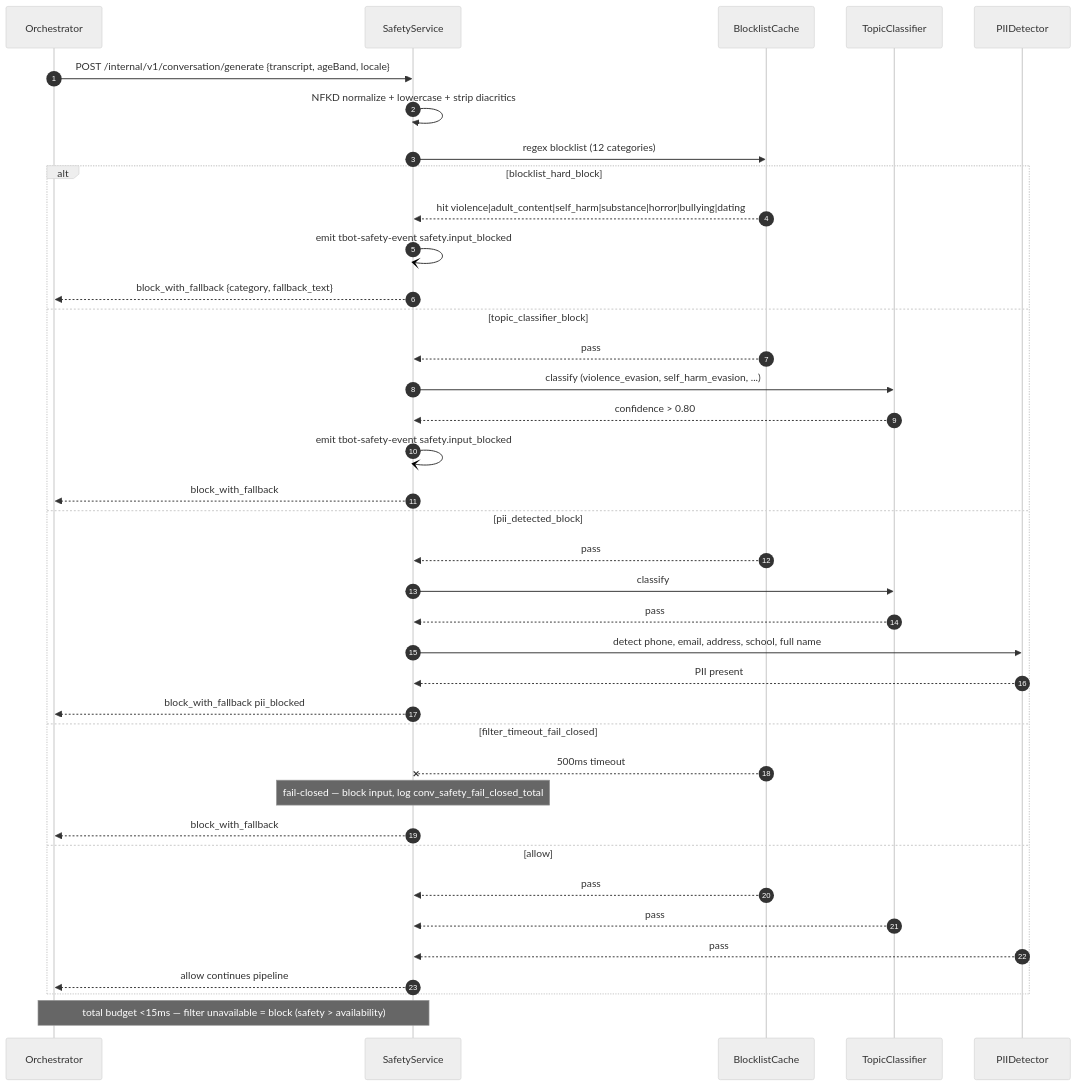
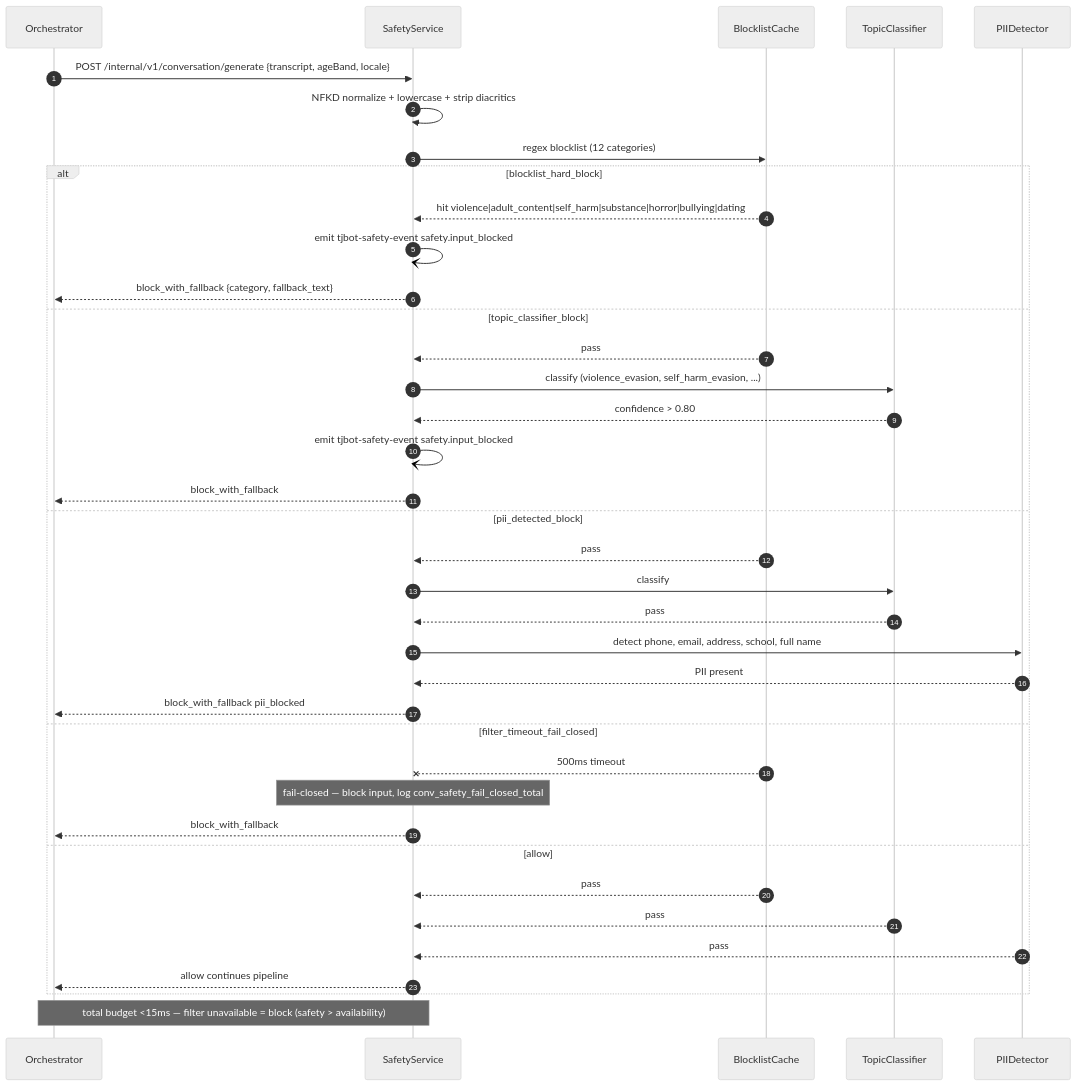
One commit to JSR-Algo/TJBOT-Mobile changed the diagram in migrate-ui-ux-to-mobile-app-docs/sequences/05-safety/input-filter.sequence.mmd. Above: the diagram before and after it, drawn with Mermaid (neutral theme). The commit also changed 312 other files, not shown here.

Commit message:
WIP: mobile UX learning flow — screens, machines, docs, native modules

```diff
--- a/migrate-ui-ux-to-mobile-app-docs/sequences/05-safety/input-filter.sequence.mmd
+++ b/migrate-ui-ux-to-mobile-app-docs/sequences/05-safety/input-filter.sequence.mmd
@@ -1,61 +1,61 @@
 ---
 system: sys-05-conversation-intelligence-and-safety
 flow_id: input-filter
 surface: internal-RPC
 spec_anchor: /software/systems/05-conversation-intelligence-and-safety#input-safety-filter
 actors: [Orchestrator, SafetyService, BlocklistCache, TopicClassifier, PIIDetector]
 apis:
   - POST /internal/v1/conversation/generate
 externals: []
 queues:
-  - tbot-safety-event
+  - tjbot-safety-event
 failure_paths:
   - blocklist_hard_block
   - topic_classifier_block
   - pii_detected_block
   - filter_timeout_fail_closed
 idempotency: turnId — duplicate turnId returns CONV_DUPLICATE_TURN
 retry: 0 — fail-closed (block) when filter unavailable
 timeout: 500ms hard — pipeline budget <15ms (blocklist 5ms, topic 5ms, PII 3ms)
 status: final
 ---
 %% HAND-AUTHORED — sys-05 §8 input safety filter (no sequenceDiagram in spec).
 sequenceDiagram
     autonumber
     participant Orchestrator
     participant SafetyService
     participant BlocklistCache
     participant TopicClassifier
     participant PIIDetector
 
     Orchestrator->>SafetyService: POST /internal/v1/conversation/generate {transcript, ageBand, locale}
     SafetyService->>SafetyService: NFKD normalize + lowercase + strip diacritics
     SafetyService->>BlocklistCache: regex blocklist (12 categories)
     alt blocklist_hard_block
         BlocklistCache-->>SafetyService: hit violence|adult_content|self_harm|substance|horror|bullying|dating
-        SafetyService-)SafetyService: emit tbot-safety-event safety.input_blocked
+        SafetyService-)SafetyService: emit tjbot-safety-event safety.input_blocked
         SafetyService-->>Orchestrator: block_with_fallback {category, fallback_text}
     else topic_classifier_block
         BlocklistCache-->>SafetyService: pass
         SafetyService->>TopicClassifier: classify (violence_evasion, self_harm_evasion, ...)
         TopicClassifier-->>SafetyService: confidence > 0.80
-        SafetyService-)SafetyService: emit tbot-safety-event safety.input_blocked
+        SafetyService-)SafetyService: emit tjbot-safety-event safety.input_blocked
         SafetyService-->>Orchestrator: block_with_fallback
     else pii_detected_block
         BlocklistCache-->>SafetyService: pass
         SafetyService->>TopicClassifier: classify
         TopicClassifier-->>SafetyService: pass
         SafetyService->>PIIDetector: detect phone, email, address, school, full name
         PIIDetector-->>SafetyService: PII present
         SafetyService-->>Orchestrator: block_with_fallback pii_blocked
     else filter_timeout_fail_closed
         BlocklistCache--xSafetyService: 500ms timeout
         Note over SafetyService: fail-closed — block input, log conv_safety_fail_closed_total
         SafetyService-->>Orchestrator: block_with_fallback
     else allow
         BlocklistCache-->>SafetyService: pass
         TopicClassifier-->>SafetyService: pass
         PIIDetector-->>SafetyService: pass
         SafetyService-->>Orchestrator: allow continues pipeline
     end
     Note over Orchestrator,SafetyService: total budget <15ms — filter unavailable = block (safety > availability)
```
